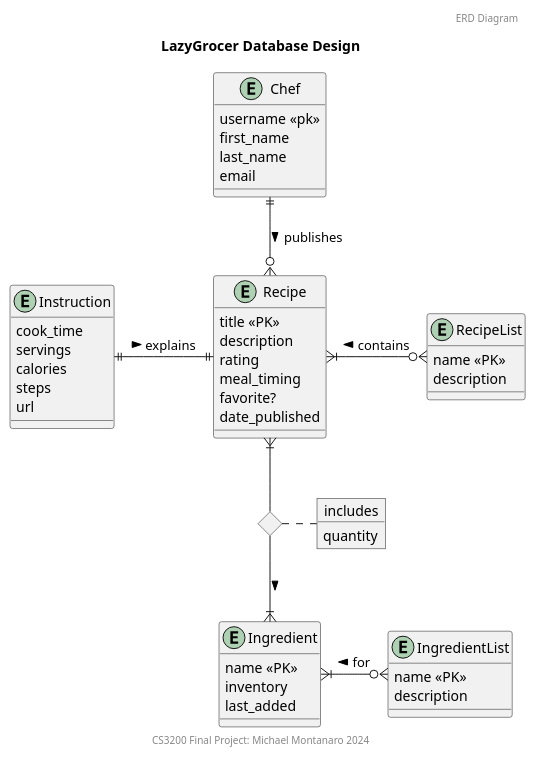
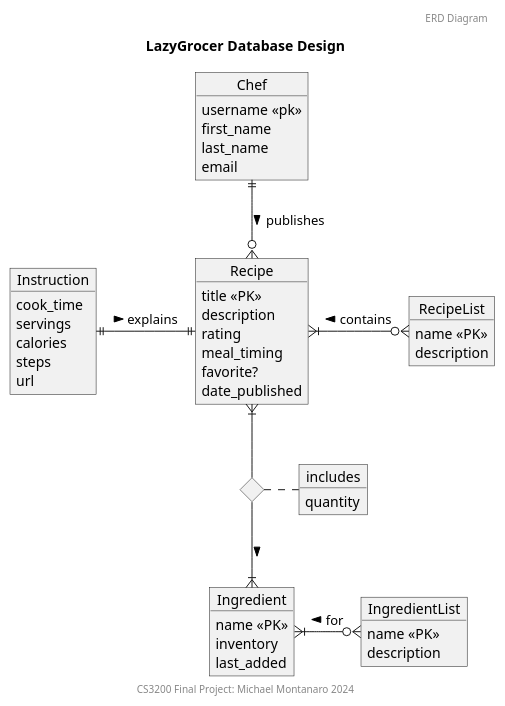
Before and after one commit to montymi/LazyGrocer: the diagram in docs/plantuml/erd.wsd, drawn with PlantUML. The commit also changed 2 other files, not shown here.

Commit message:
updating erd diagram

```diff
--- a/docs/plantuml/erd.wsd
+++ b/docs/plantuml/erd.wsd
@@ -1,60 +1,60 @@
 @startuml LazyGrozerERDdiagram
 
 header ERD Diagram
 title LazyGrocer Database Design
 footer CS3200 Final Project: Michael Montanaro 2024
 
-entity Recipe {
+object Recipe {
     title <<PK>> 
     description
     rating
     meal_timing
     favorite?
     date_published
 }
 
-entity RecipeList {
+object RecipeList {
     name <<PK>>
     description
 }
 
-entity Instruction {
+object Instruction {
     cook_time
     servings
     calories
     steps
     url
 }
 
-entity Ingredient {
+object Ingredient {
     name <<PK>>
     inventory
     last_added
 }
 
-entity IngredientList {
+object IngredientList {
     name <<PK>>
     description
 }
 
-entity Chef {
+object Chef {
     username <<pk>>
     first_name
     last_name
     email
 }
 
 object includes {
     quantity
 }
 diamond DIncludes
 
 Recipe }|-- DIncludes
 DIncludes --|{ Ingredient: >
 DIncludes . includes
 Recipe }|-o{ RecipeList: contains <
 Ingredient }|-o{ IngredientList: for <
 Chef ||--o{ Recipe: publishes >
 Instruction ||-|| Recipe: explains >
 
 @enduml
```
